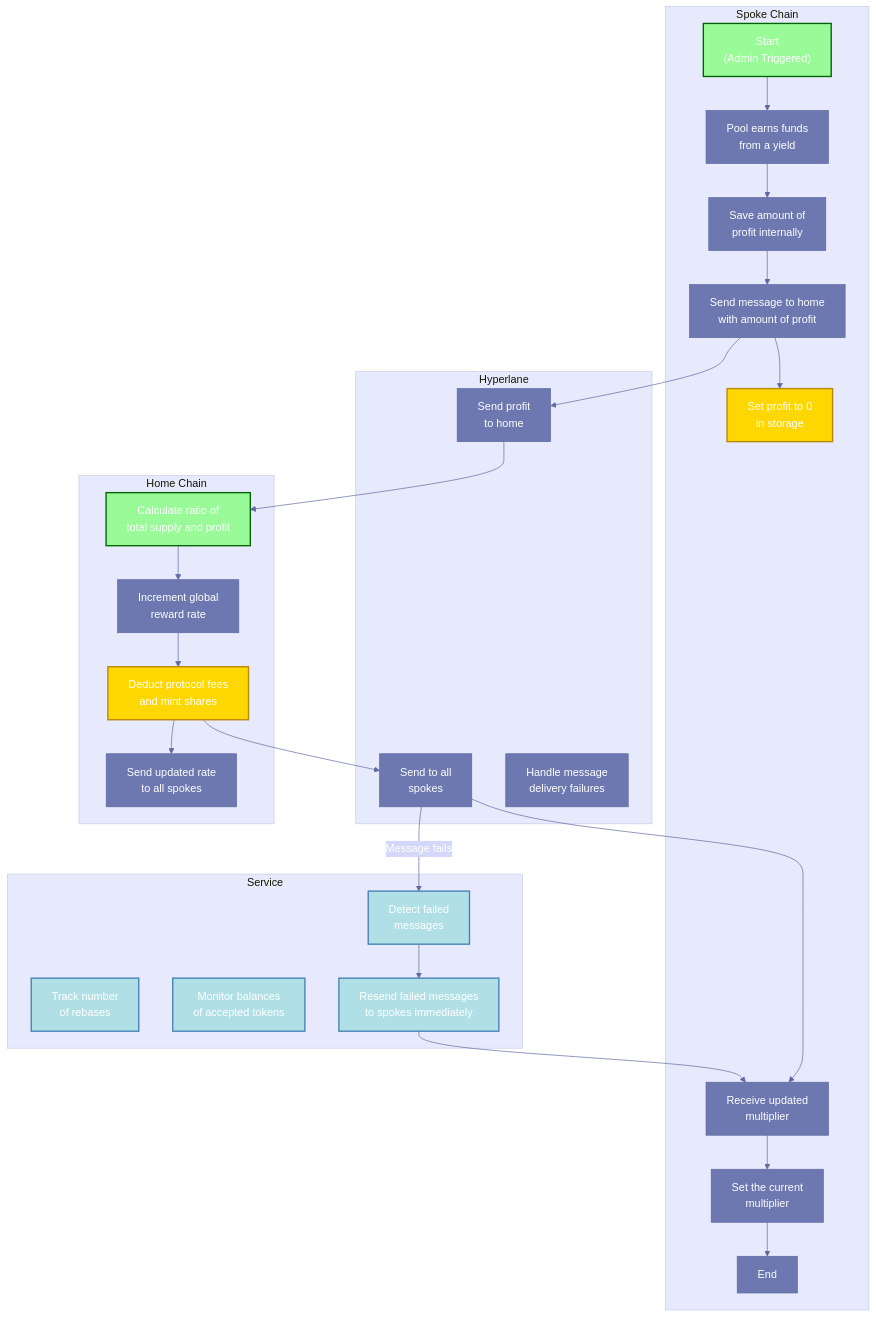
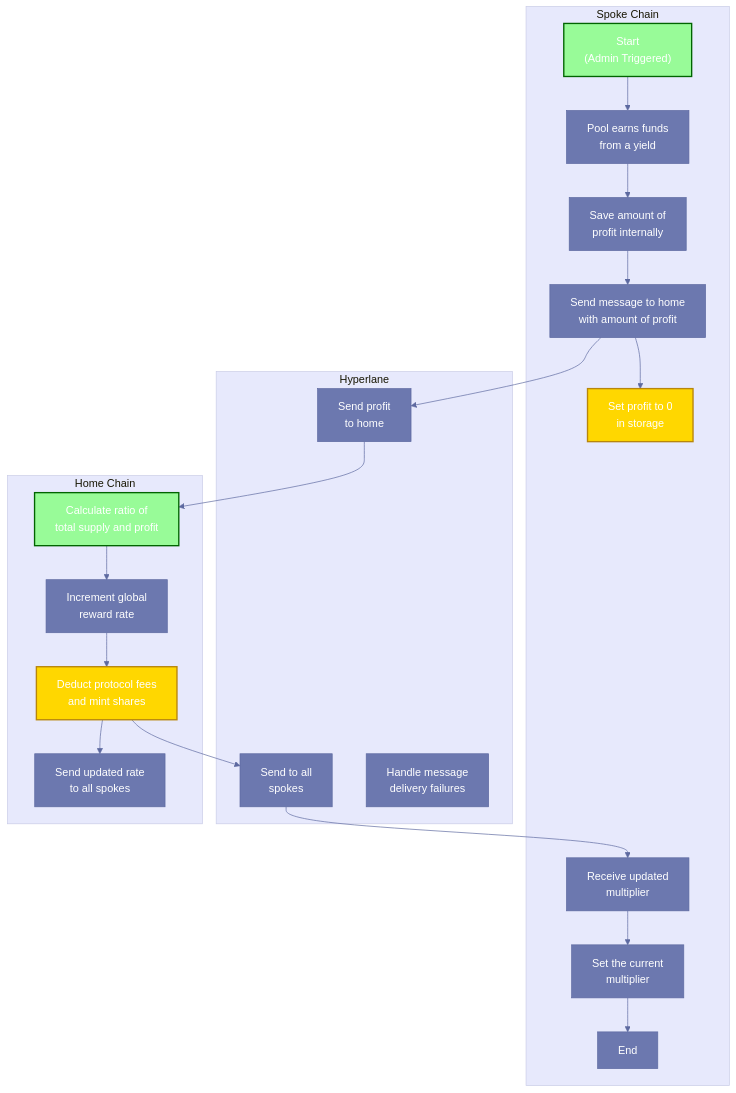
Before and after one commit to eco/eco-routes-internal: the diagram in plans/rebase-flow-implementation-plan.md, drawn with Mermaid. The commit also changed other lines of this file, not shown here.

First line of the commit message:
docs(plans): remove service layer from rebase flow implementation plan

````diff
--- a/plans/rebase-flow-implementation-plan.md
+++ b/plans/rebase-flow-implementation-plan.md
@@ -140,50 +135,36 @@
 ```mermaid
 %%{init: {'theme': 'base', 'themeVariables': { 'primaryColor': '#6C78AF', 'primaryTextColor': '#fff', 'primaryBorderColor': '#5D69A0', 'lineColor': '#5D69A0', 'secondaryColor': '#D3D8F9', 'tertiaryColor': '#E7E9FC' }}}%%
 
 flowchart TB
     subgraph "Spoke Chain"
         start["Start\n(Admin Triggered)"] --> collectYield["Pool earns funds\nfrom a yield"]
         collectYield --> saveProfit["Save amount of\nprofit internally"]
         saveProfit --> sendToHome["Send message to home\nwith amount of profit"]
         sendToHome --> resetProfit["Set profit to 0\nin storage"]
         receiveMultiplier["Receive updated\nmultiplier"] --> setMultiplier["Set the current\nmultiplier"]
         setMultiplier --> endProcess["End"]
     end
 
     subgraph "Hyperlane"
         sendMsgToHome["Send profit\nto home"]
         sendMsgToSpokes["Send to all\nspokes"]
         handleFailure["Handle message\ndelivery failures"]
     end
 
     subgraph "Home Chain"
         calculateRatio["Calculate ratio of\ntotal supply and profit"]
         calculateRatio --> incrementReward["Increment global\nreward rate"]
         incrementReward --> deductFees["Deduct protocol fees\nand mint shares"]
         deductFees --> distributeRate["Send updated rate\nto all spokes"]
     end
 
-    subgraph "Service"
-        trackRebases["Track number\nof rebases"]
-        monitorBalances["Monitor balances\nof accepted tokens"]
-        detectFailure["Detect failed\nmessages"]
-        resendMessages["Resend failed messages\nto spokes immediately"]
-    end
-
     sendToHome --> sendMsgToHome
     sendMsgToHome --> calculateRatio
     deductFees --> sendMsgToSpokes
     sendMsgToSpokes --> receiveMultiplier
-    
-    sendMsgToSpokes -- "Message fails" --> detectFailure
-    detectFailure --> resendMessages
-    resendMessages --> receiveMultiplier
 
     classDef started fill:#98FB98,stroke:#006400,stroke-width:2px
     classDef critical fill:#FFD700,stroke:#B8860B,stroke-width:2px
-    classDef serviceFn fill:#B0E0E6,stroke:#4682B4,stroke-width:2px
-
     class start,calculateRatio started
     class resetProfit,deductFees critical
-    class trackRebases,monitorBalances,detectFailure,resendMessages serviceFn
 ```
````
